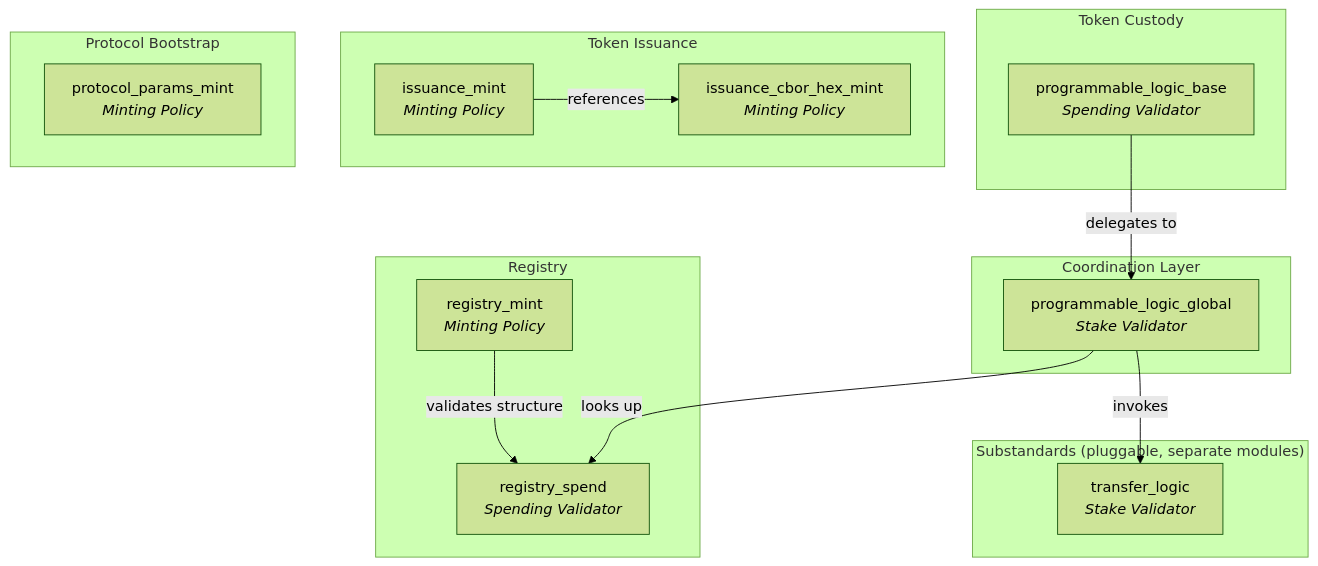
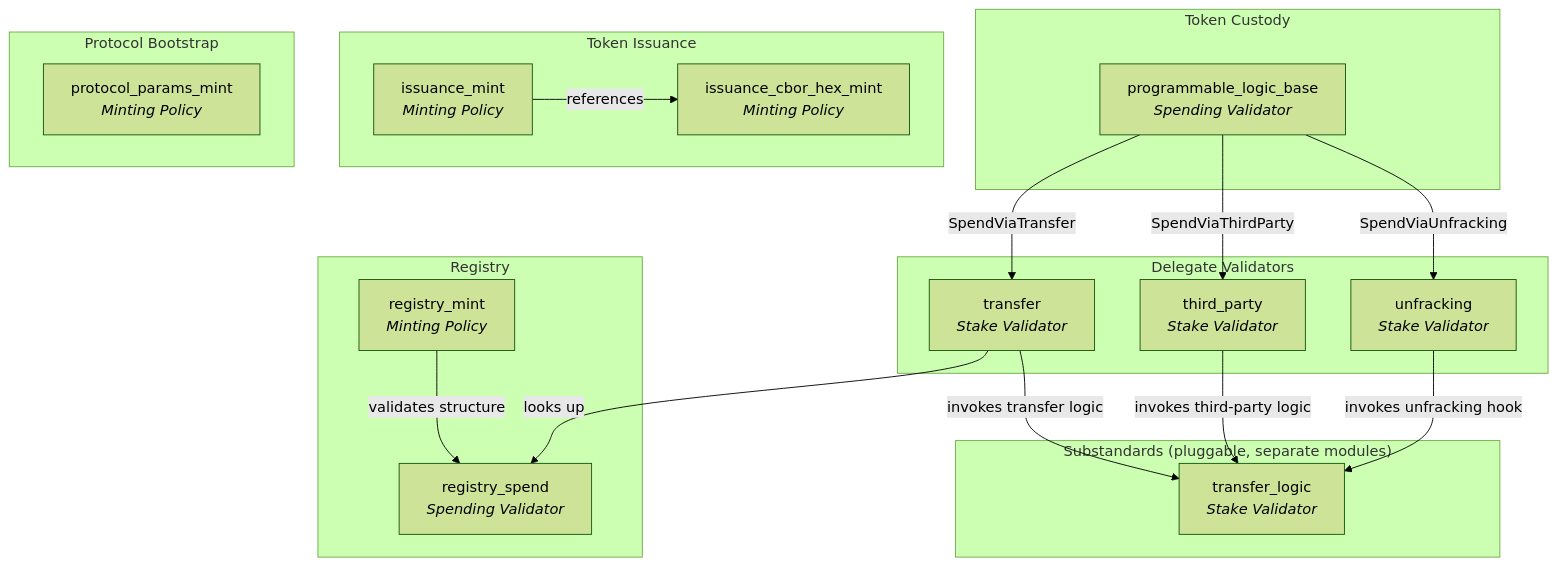
The first of 3 diagrams in documentation/02-ARCHITECTURE.md (cardano-foundation/cip113-programmable-tokens), drawn with Mermaid (forest theme) before and after one commit. The commit also changed other lines of this file and 39 other files, not shown here.

First line of the commit message:
Dissolve PLG: PLB dispatches directly to transfer / third_party / unfracking (#110)

````diff
--- a/documentation/02-ARCHITECTURE.md
+++ b/documentation/02-ARCHITECTURE.md
@@ -56,34 +56,40 @@
 ```mermaid
 graph TB
     subgraph "Token Custody"
         PLB[programmable_logic_base<br/><i>Spending Validator</i>]
     end
 
-    subgraph "Coordination Layer"
-        PLG[programmable_logic_global<br/><i>Stake Validator</i>]
+    subgraph "Delegate Validators"
+        TR[transfer<br/><i>Stake Validator</i>]
+        TP[third_party<br/><i>Stake Validator</i>]
+        UF[unfracking<br/><i>Stake Validator</i>]
     end
 
     subgraph "Registry"
         RM[registry_mint<br/><i>Minting Policy</i>]
         RS[registry_spend<br/><i>Spending Validator</i>]
     end
 
     subgraph "Token Issuance"
         IM[issuance_mint<br/><i>Minting Policy</i>]
         ICH[issuance_cbor_hex_mint<br/><i>Minting Policy</i>]
     end
 
     subgraph "Protocol Bootstrap"
         PP[protocol_params_mint<br/><i>Minting Policy</i>]
     end
 
     subgraph "Substandards (pluggable, separate modules)"
         TL[transfer_logic<br/><i>Stake Validator</i>]
     end
 
-    PLB -->|"delegates to"| PLG
-    PLG -->|"looks up"| RS
-    PLG -->|"invokes"| TL
+    PLB -->|"SpendViaTransfer"| TR
+    PLB -->|"SpendViaThirdParty"| TP
+    PLB -->|"SpendViaUnfracking"| UF
+    TR -->|"looks up"| RS
+    TR -->|"invokes transfer logic"| TL
+    TP -->|"invokes third-party logic"| TL
+    UF -->|"invokes unfracking hook"| TL
     RM -->|"validates structure"| RS
     IM -->|"references"| ICH
 ```
````
